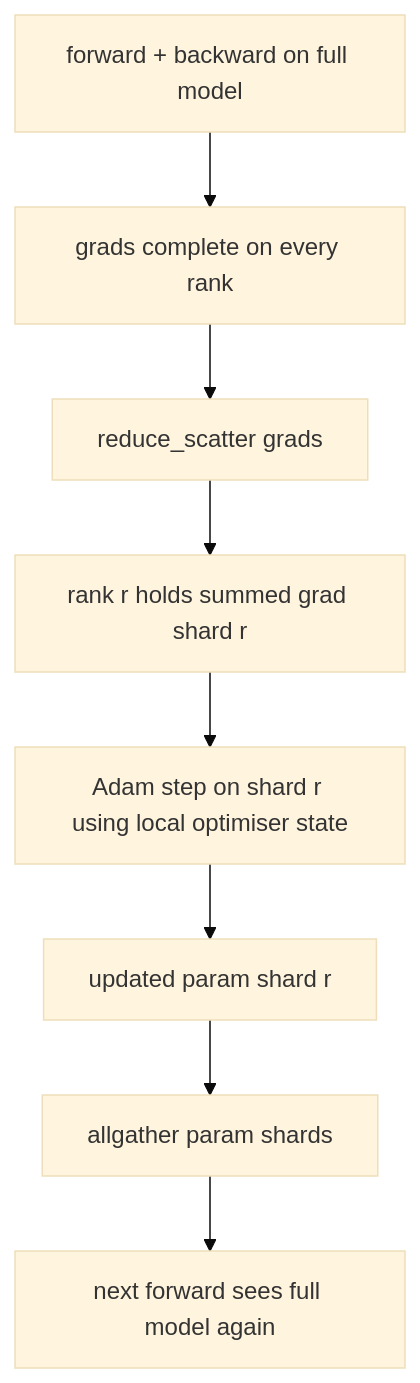
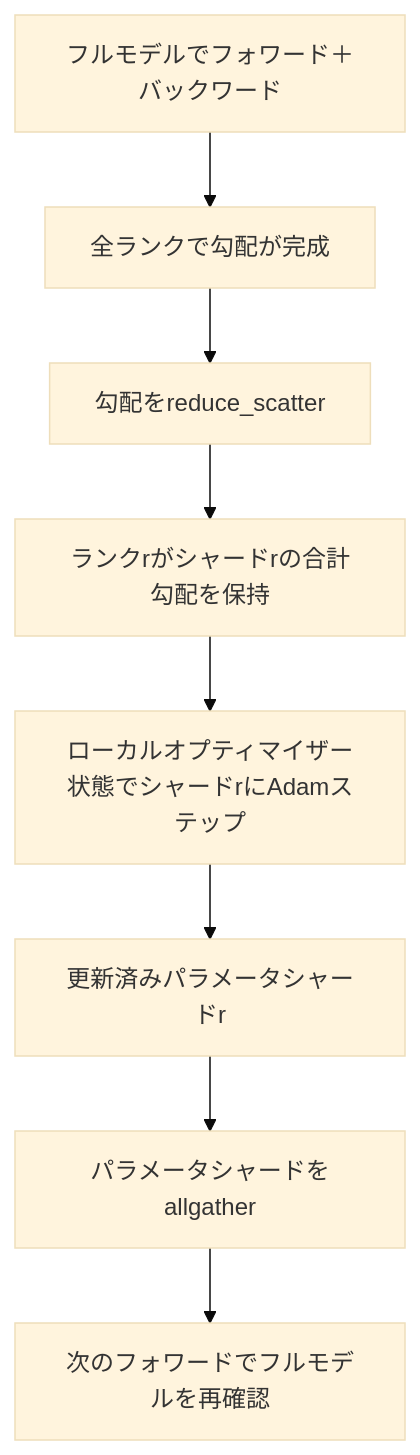
The diagram in content/phases/19-capstone-projects/78-zero-parameter-sharding/lesson.ja.md (shoshoshomen/synapse-academy), drawn with Mermaid (base theme) before and after one commit. The commit also changed 124 other files, not shown here.

First line of the commit message:
feat(i18n): mermaid図のラベルを日本語化(194レッスン/374図)

````diff
--- a/content/phases/19-capstone-projects/78-zero-parameter-sharding/lesson.ja.md
+++ b/content/phases/19-capstone-projects/78-zero-parameter-sharding/lesson.ja.md
@@ -21,10 +21,10 @@
 ```mermaid
 flowchart TD
-  A[forward + backward on full model] --> B[grads complete on every rank]
-  B --> C[reduce_scatter grads]
-  C --> D[rank r holds summed grad shard r]
-  D --> E[Adam step on shard r using local optimiser state]
-  E --> F[updated param shard r]
-  F --> G[allgather param shards]
-  G --> H[next forward sees full model again]
+  A["フルモデルでフォワード＋バックワード"] --> B["全ランクで勾配が完成"]
+  B --> C["勾配をreduce_scatter"]
+  C --> D["ランクrがシャードrの合計勾配を保持"]
+  D --> E["ローカルオプティマイザー状態でシャードrにAdamステップ"]
+  E --> F["更新済みパラメータシャードr"]
+  F --> G["パラメータシャードをallgather"]
+  G --> H["次のフォワードでフルモデルを再確認"]
 ```
````
